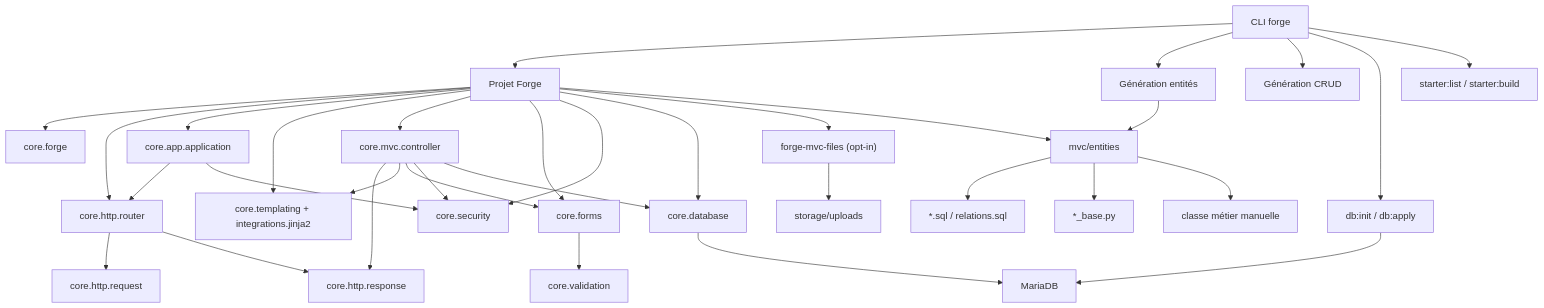
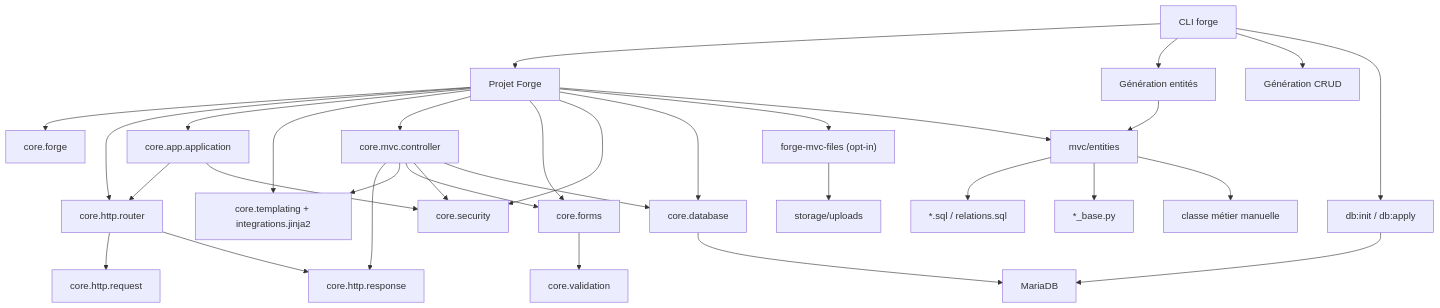
The diagram in docs/forge/reference/reference-schema.md (caucrogeGit/Forge-official-site), drawn with Mermaid before and after one commit. The commit also changed 166 other files, not shown here.

````diff
--- a/docs/forge/reference/reference-schema.md
+++ b/docs/forge/reference/reference-schema.md
@@ -21,37 +21,36 @@
 ```mermaid
 flowchart TD
     CLI["CLI forge"] --> Project["Projet Forge"]
     CLI --> EntityGen["Génération entités"]
     CLI --> CrudGen["Génération CRUD"]
     CLI --> DbTools["db:init / db:apply"]
-    CLI --> Starters["starter:list / starter:build"]
 
     Project --> CoreConfig["core.forge"]
     Project --> Router["core.http.router"]
     Project --> App["core.app.application"]
     Project --> Templates["core.templating + integrations.jinja2"]
     Project --> Controllers["core.mvc.controller"]
     Project --> Forms["core.forms"]
     Project --> Security["core.security"]
     Project --> Database["core.database"]
     Project --> Uploads["forge-mvc-files (opt-in)"]
     Project --> Entities["mvc/entities"]
 
     App --> Router
     App --> Security
     Router --> Request["core.http.request"]
     Router --> Response["core.http.response"]
     Controllers --> Response
     Controllers --> Templates
     Controllers --> Forms
     Controllers --> Security
     Controllers --> Database
     Forms --> Validation["core.validation"]
     EntityGen --> Entities
     Entities --> GeneratedSql["*.sql / relations.sql"]
     Entities --> GeneratedBase["*_base.py"]
     Entities --> ManualClass["classe métier manuelle"]
     Database --> MariaDB["MariaDB"]
     DbTools --> MariaDB
     Uploads --> Storage["storage/uploads"]
 ```
````
